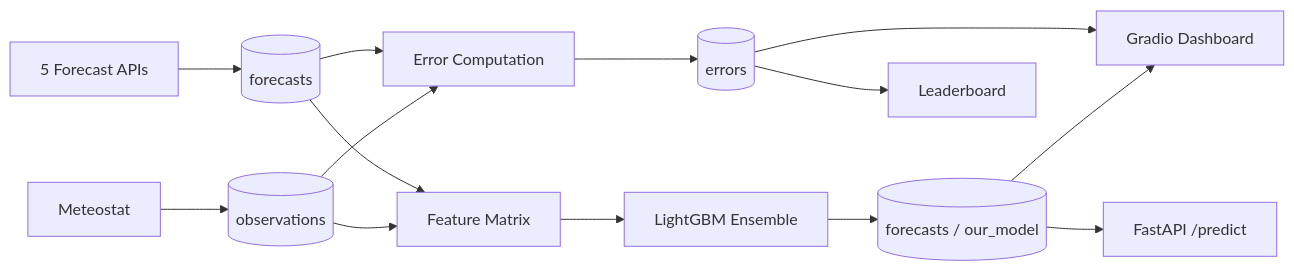
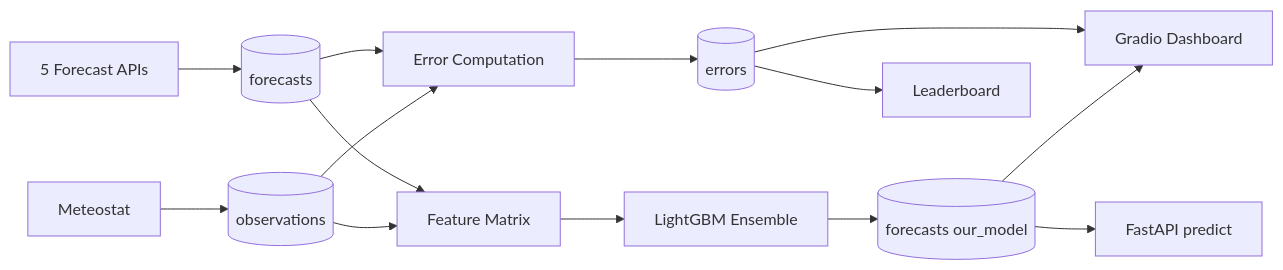
The second of 3 diagrams in README.md (JepStar990/weather-mlops-forecasts), drawn with Mermaid before and after one commit. The commit also changed other lines of this file, not shown here.

First line of the commit message:
fix: use ultra-conservative Mermaid syntax for GitHub renderer

````diff
--- a/README.md
+++ b/README.md
@@ -92,16 +63,16 @@
 ```mermaid
-flowchart LR
+graph LR
     A[5 Forecast APIs] --> B[(forecasts)]
     C[Meteostat] --> D[(observations)]
     B --> E[Feature Matrix]
     D --> E
     E --> F[LightGBM Ensemble]
-    F --> G[(forecasts / our_model)]
+    F --> G[(forecasts our_model)]
     B --> H[Error Computation]
     D --> H
     H --> I[(errors)]
     I --> J[Leaderboard]
     I --> K[Gradio Dashboard]
     G --> K
-    G --> L[FastAPI /predict]
+    G --> L[FastAPI predict]
 ```
````
